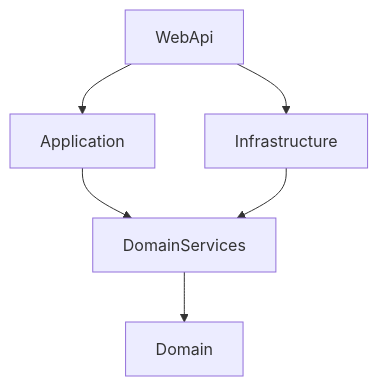
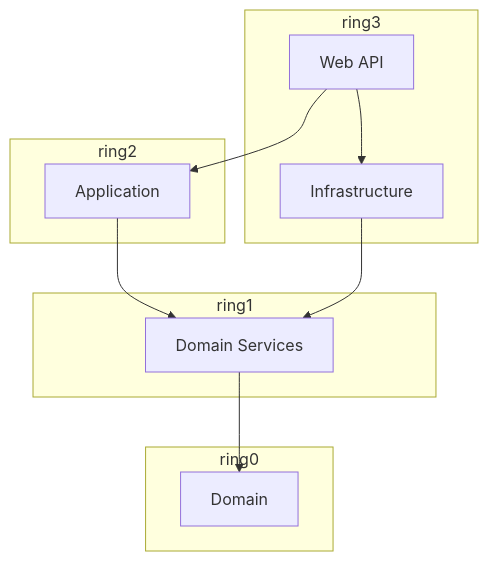
The diagram in Onion/README.md (denis-marchenkov/architecture-patterns-memo), drawn with Mermaid before and after one commit. The commit also changed other lines of this file, not shown here.

````diff
--- a/Onion/README.md
+++ b/Onion/README.md
@@ -67,8 +67,31 @@
 ```mermaid
 graph TD
+
+    %% Innermost Ring (0) - Domain
+    subgraph ring0
+        Domain[Domain]
+    end
+
+    %% Ring 1 - Domain Services
+    subgraph ring1
+        DomainServices[Domain Services]
+    end
+
+    %% Ring 2 - Application
+    subgraph ring2
+        Application[Application]
+    end
+
+    %% Ring 3 - Infrastructure and Web API
+    subgraph ring3
+        WebApi[Web API]
+        Infrastructure[Infrastructure]
+    end
+
+    %% Dependencies
     DomainServices --> Domain
     Application --> DomainServices
     Infrastructure --> DomainServices
     WebApi --> Application
     WebApi --> Infrastructure
 ```
````
